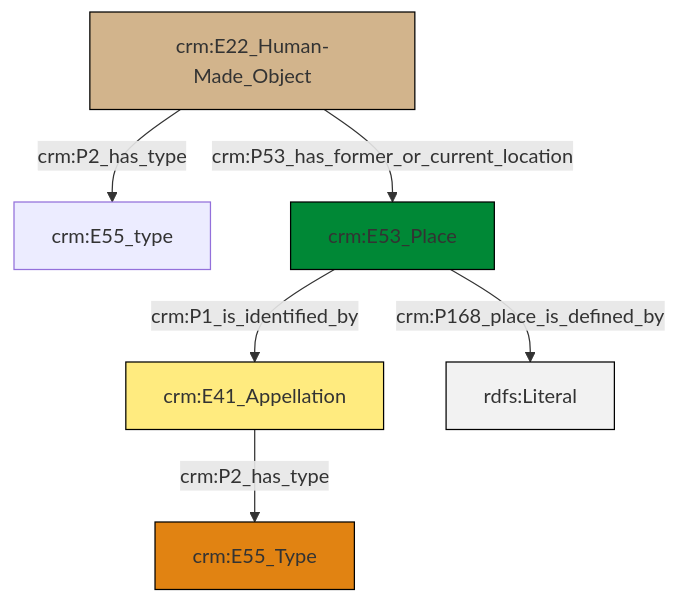
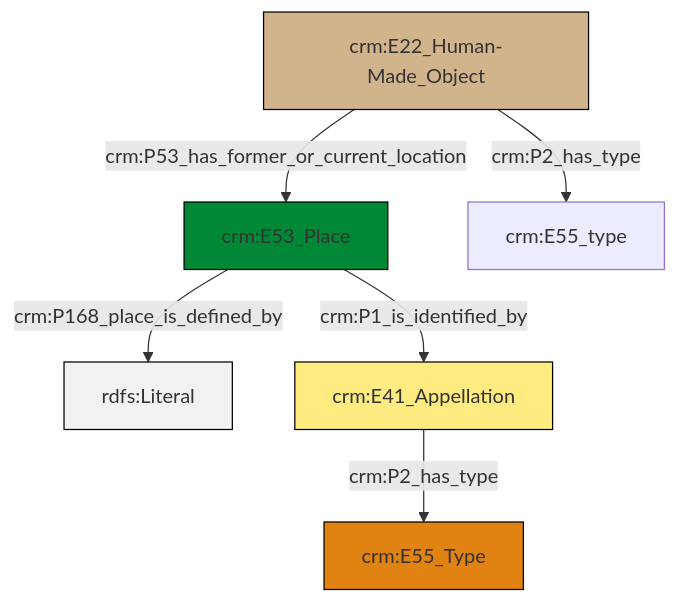
The diagram in et/builtWorkCSV/ttl/mmd/Built_Work_location.ttl.mmd (swiss-art-research-net/reference-data-models), drawn with Mermaid before and after one commit. The commit also changed 128 other files, not shown here.

```diff
--- a/et/builtWorkCSV/ttl/mmd/Built_Work_location.ttl.mmd
+++ b/et/builtWorkCSV/ttl/mmd/Built_Work_location.ttl.mmd
@@ -1,20 +1,20 @@
 graph TD
 classDef Literal fill:#f2f2f2,stroke:#000000;
 classDef CRM_Entity fill:#FFFFFF,stroke:#000000;
 classDef Temporal_Entity fill:#00C9E6, stroke:#000000;
 classDef Type fill:#E18312, stroke:#000000;
 classDef Time-Span fill:#2C9C91, stroke:#000000;
 classDef Appellation fill:#FFEB7F, stroke:#000000;
 classDef Place fill:#008836, stroke:#000000;
 classDef Persistent_Item fill:#B266B2, stroke:#000000;
 classDef Conceptual_Object fill:#FFD700, stroke:#000000;
 classDef Physical_Thing fill:#D2B48C, stroke:#000000;
 classDef Actor fill:#f58aad, stroke:#000000;
 classDef PC_Classes fill:#4ce600, stroke:#000000;
 classDef Multi fill:#cccccc,stroke:#000000;
 
-2["crm:E41_Appellation"]:::Appellation -->|crm:P2_has_type| 0["crm:E55_Type"]:::Type
-3["crm:E22_Human-Made_Object"]:::Physical_Thing -->|crm:P2_has_type| 4["crm:E55_type"]:::Default
-5["crm:E53_Place"]:::Place -->|crm:P168_place_is_defined_by| 7[rdfs:Literal]:::Literal
-3["crm:E22_Human-Made_Object"]:::Physical_Thing -->|crm:P53_has_former_or_current_location| 5["crm:E53_Place"]:::Place
-5["crm:E53_Place"]:::Place -->|crm:P1_is_identified_by| 2["crm:E41_Appellation"]:::Appellation
+0["crm:E53_Place"]:::Place -->|crm:P168_place_is_defined_by| 1[rdfs:Literal]:::Literal
+2["crm:E22_Human-Made_Object"]:::Physical_Thing -->|crm:P53_has_former_or_current_location| 0["crm:E53_Place"]:::Place
+0["crm:E53_Place"]:::Place -->|crm:P1_is_identified_by| 8["crm:E41_Appellation"]:::Appellation
+2["crm:E22_Human-Made_Object"]:::Physical_Thing -->|crm:P2_has_type| 4["crm:E55_type"]:::Default
+8["crm:E41_Appellation"]:::Appellation -->|crm:P2_has_type| 6["crm:E55_Type"]:::Type
```
